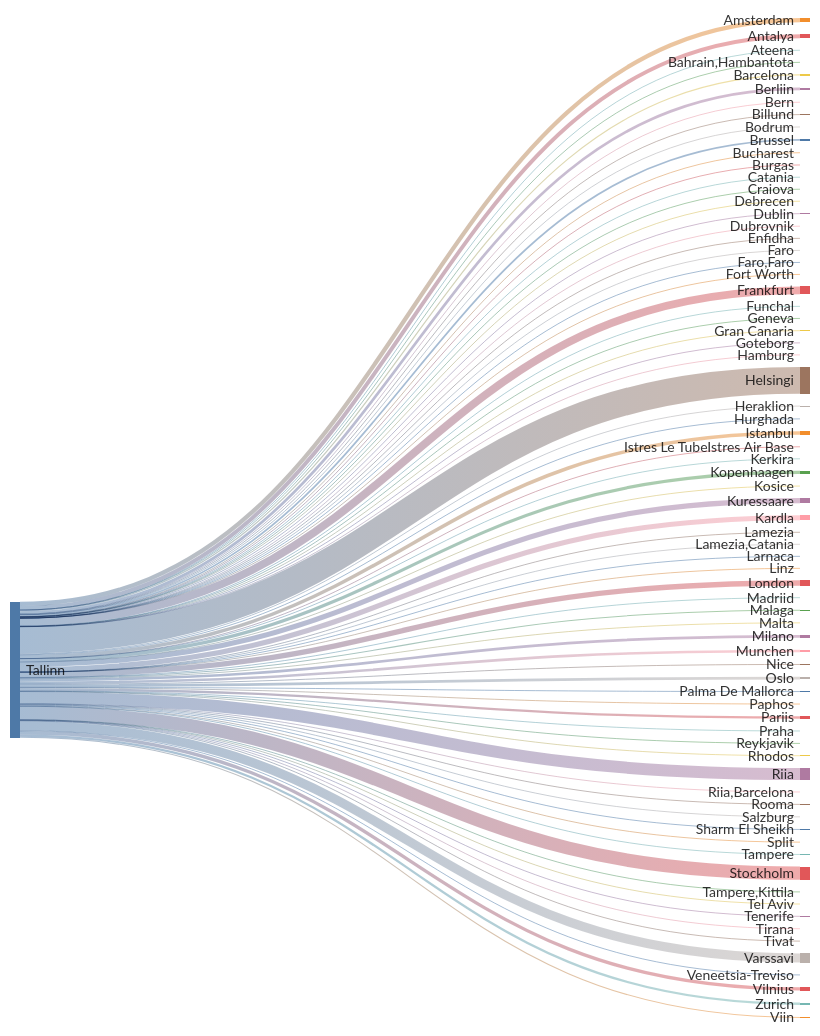
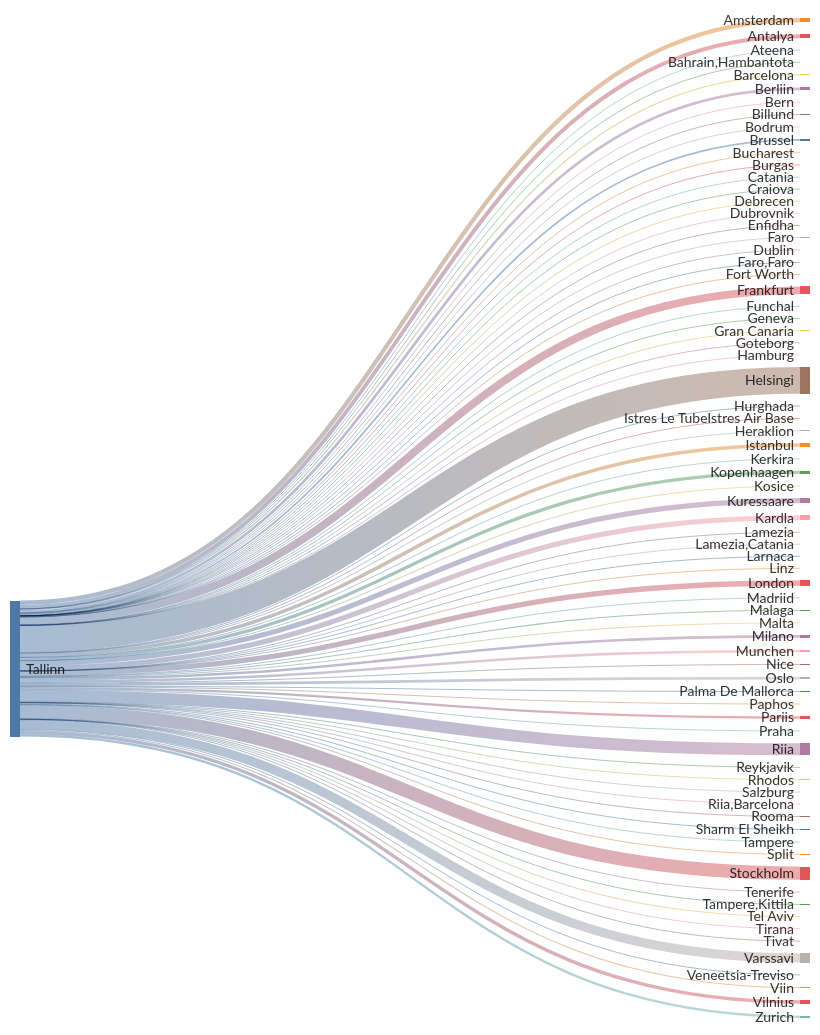
The second of 2 diagrams in README.md (rainermesi/tll-airport-departures), drawn with Mermaid before and after one commit. The commit also changed other lines of this file and 1 other file, not shown here.

````diff
--- a/README.md
+++ b/README.md
@@ -41,8 +41,8 @@
 ---
 sankey-beta
 %% source,target,value
-Tallinn,Amsterdam,419
-Tallinn,Antalya,392
+Tallinn,Amsterdam,421
+Tallinn,Antalya,393
 Tallinn,Ateena,16
 Tallinn,"Bahrain,Hambantota",1
 Tallinn,Barcelona,117
@@ -56,64 +56,64 @@
 Tallinn,Catania,2
 Tallinn,Craiova,1
 Tallinn,Debrecen,1
-Tallinn,Dublin,85
+Tallinn,Dublin,86
 Tallinn,Dubrovnik,21
 Tallinn,Enfidha,7
 Tallinn,Faro,4
 Tallinn,"Faro,Faro",1
 Tallinn,Fort Worth,1
-Tallinn,Frankfurt,783
+Tallinn,Frankfurt,786
 Tallinn,Funchal,5
 Tallinn,Geneva,13
 Tallinn,Gran Canaria,38
 Tallinn,Goteborg,1
 Tallinn,Hamburg,2
-Tallinn,Helsingi,2661
+Tallinn,Helsingi,2671
 Tallinn,Heraklion,82
 Tallinn,Hurghada,75
-Tallinn,Istanbul,349
+Tallinn,Istanbul,350
 Tallinn,Istres Le TubeIstres Air Base,2
 Tallinn,Kerkira,4
-Tallinn,Kopenhaagen,320
+Tallinn,Kopenhaagen,322
 Tallinn,Kosice,1
-Tallinn,Kuressaare,507
-Tallinn,Kardla,507
+Tallinn,Kuressaare,509
+Tallinn,Kardla,509
 Tallinn,Lamezia,1
 Tallinn,"Lamezia,Catania",3
 Tallinn,Larnaca,4
 Tallinn,Linz,2
-Tallinn,London,527
+Tallinn,London,529
 Tallinn,Madriid,1
-Tallinn,Malaga,105
+Tallinn,Malaga,106
 Tallinn,Malta,24
 Tallinn,Milano,263
-Tallinn,Munchen,260
+Tallinn,Munchen,261
 Tallinn,Nice,43
-Tallinn,Oslo,272
+Tallinn,Oslo,273
 Tallinn,Palma De Mallorca,28
 Tallinn,Paphos,66
-Tallinn,Pariis,225
+Tallinn,Pariis,226
 Tallinn,Praha,72
 Tallinn,Reykjavik,11
 Tallinn,Rhodos,50
-Tallinn,Riia,1193
+Tallinn,Riia,1198
 Tallinn,"Riia,Barcelona",1
 Tallinn,Rooma,80
 Tallinn,Salzburg,14
 Tallinn,Sharm El Sheikh,99
 Tallinn,Split,43
-Tallinn,Stockholm,1319
+Tallinn,Stockholm,1323
 Tallinn,Tampere,17
 Tallinn,"Tampere,Kittila",21
 Tallinn,Tel Aviv,2
 Tallinn,Tenerife,58
 Tallinn,Tirana,24
-Tallinn,Tivat,52
-Tallinn,Varssavi,916
+Tallinn,Tivat,53
+Tallinn,Varssavi,919
 Tallinn,Veneetsia-Treviso,67
 Tallinn,Viin,106
-Tallinn,Vilnius,329
-Tallinn,Zurich,231
+Tallinn,Vilnius,331
+Tallinn,Zurich,232
 
 
 ```
````
